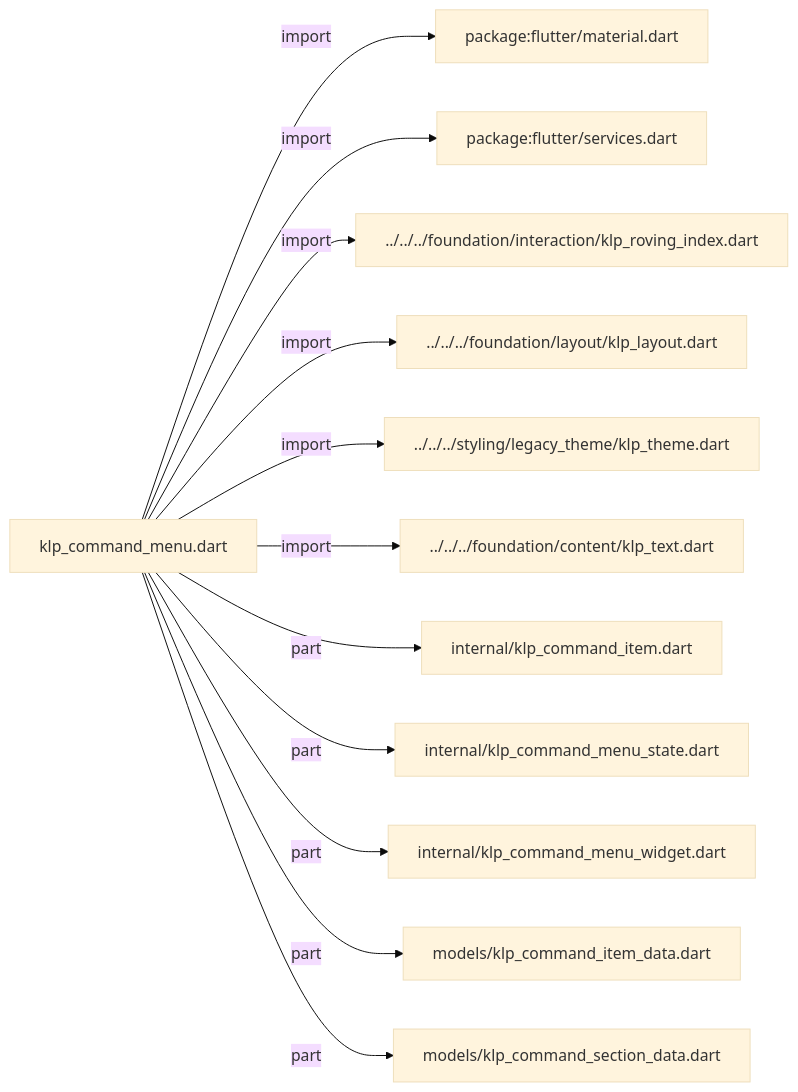
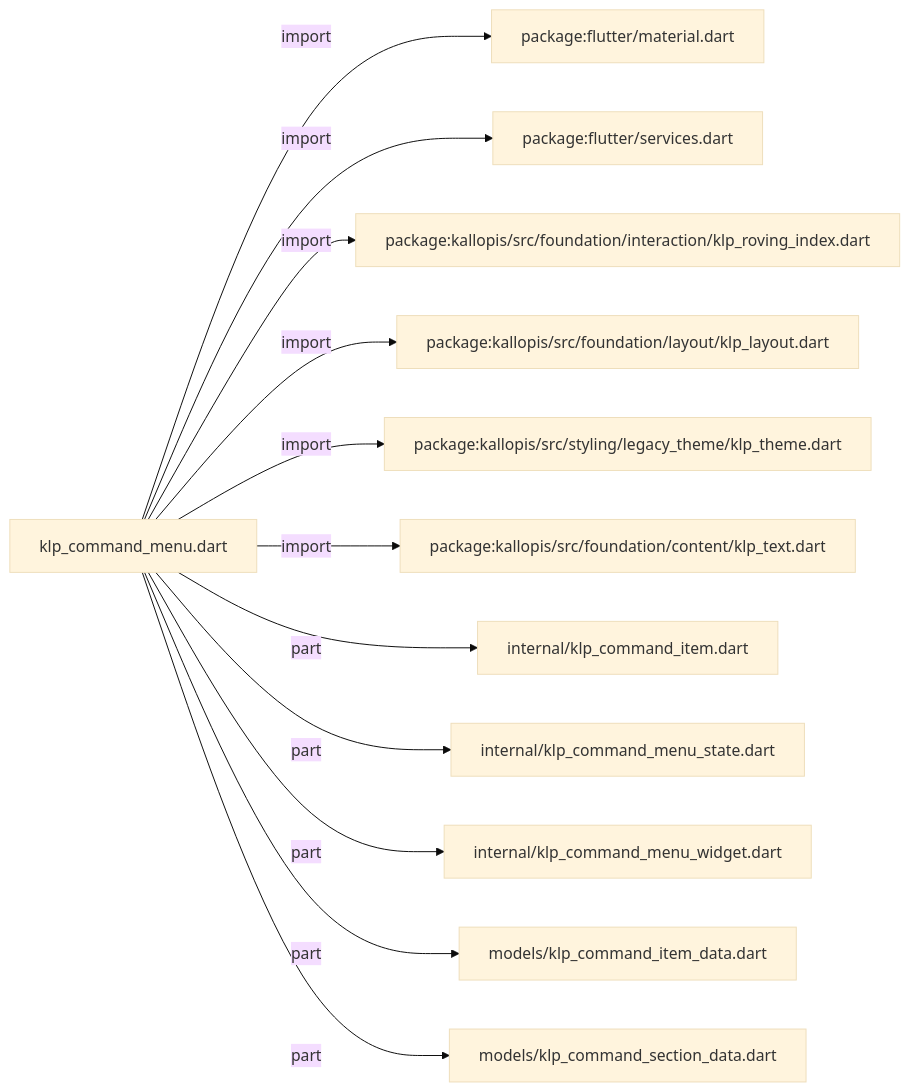
The first of 2 diagrams in docs/architecture/src/features/actions/command_menu/klp_command_menu.md (MiuDog/Kallopis), drawn with Mermaid (base theme) before and after one commit. The commit also changed other lines of this file and 9688 other files, not shown here.

Commit message:
Prepare isolated Flow F2 peer baseline

````diff
--- a/docs/architecture/src/features/actions/command_menu/klp_command_menu.md
+++ b/docs/architecture/src/features/actions/command_menu/klp_command_menu.md
@@ -11,26 +11,26 @@
 ```mermaid
 flowchart LR
 	n0["klp_command_menu.dart"]
 	n1["package:flutter/material.dart"]
 	n2["package:flutter/services.dart"]
-	n3["../../../foundation/interaction/klp_roving_index.dart"]
-	n4["../../../foundation/layout/klp_layout.dart"]
-	n5["../../../styling/legacy_theme/klp_theme.dart"]
-	n6["../../../foundation/content/klp_text.dart"]
+	n3["package:kallopis/src/foundation/interaction/klp_roving_index.dart"]
+	n4["package:kallopis/src/foundation/layout/klp_layout.dart"]
+	n5["package:kallopis/src/styling/legacy_theme/klp_theme.dart"]
+	n6["package:kallopis/src/foundation/content/klp_text.dart"]
 	n7["internal/klp_command_item.dart"]
 	n8["internal/klp_command_menu_state.dart"]
 	n9["internal/klp_command_menu_widget.dart"]
 	n10["models/klp_command_item_data.dart"]
 	n11["models/klp_command_section_data.dart"]
 	n0 -->|"import"| n1
 	n0 -->|"import"| n2
 	n0 -->|"import"| n3
 	n0 -->|"import"| n4
 	n0 -->|"import"| n5
 	n0 -->|"import"| n6
 	n0 -->|"part"| n7
 	n0 -->|"part"| n8
 	n0 -->|"part"| n9
 	n0 -->|"part"| n10
 	n0 -->|"part"| n11
 ```
````
